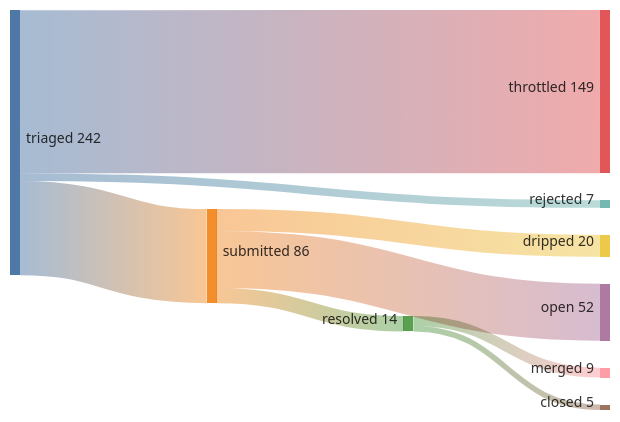
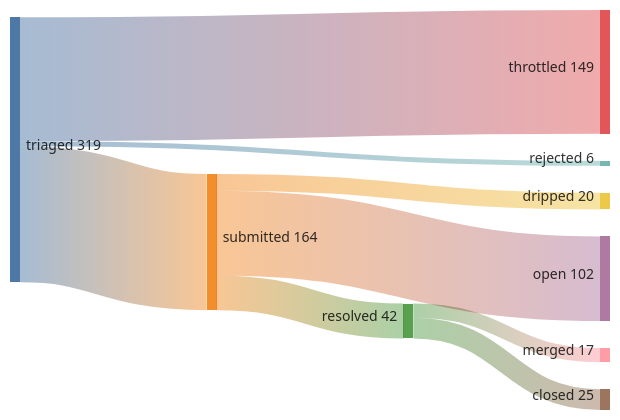
One commit to kimjune01/kimjune01 changed the diagram in README.md. Above: the diagram before and after it, drawn with Mermaid. The commit also changed other lines of this file, not shown here.

Commit message:
stats: 17/42 = 40% (01:40 UTC)

````diff
--- a/README.md
+++ b/README.md
@@ -3,11 +3,11 @@
 ```mermaid
 sankey-beta
-    triaged,    submitted, 86
+    triaged,    submitted, 164
     triaged,    throttled, 149
-    triaged,    rejected,  7
-    submitted,  resolved,  14
+    triaged,    rejected,  6
+    submitted,  resolved,  42
     submitted,  dripped,   20
-    submitted,  open,      52
-    resolved,   merged,    9
-    resolved,   closed,    5
+    submitted,  open,      102
+    resolved,   merged,    17
+    resolved,   closed,    25
 ```
````
